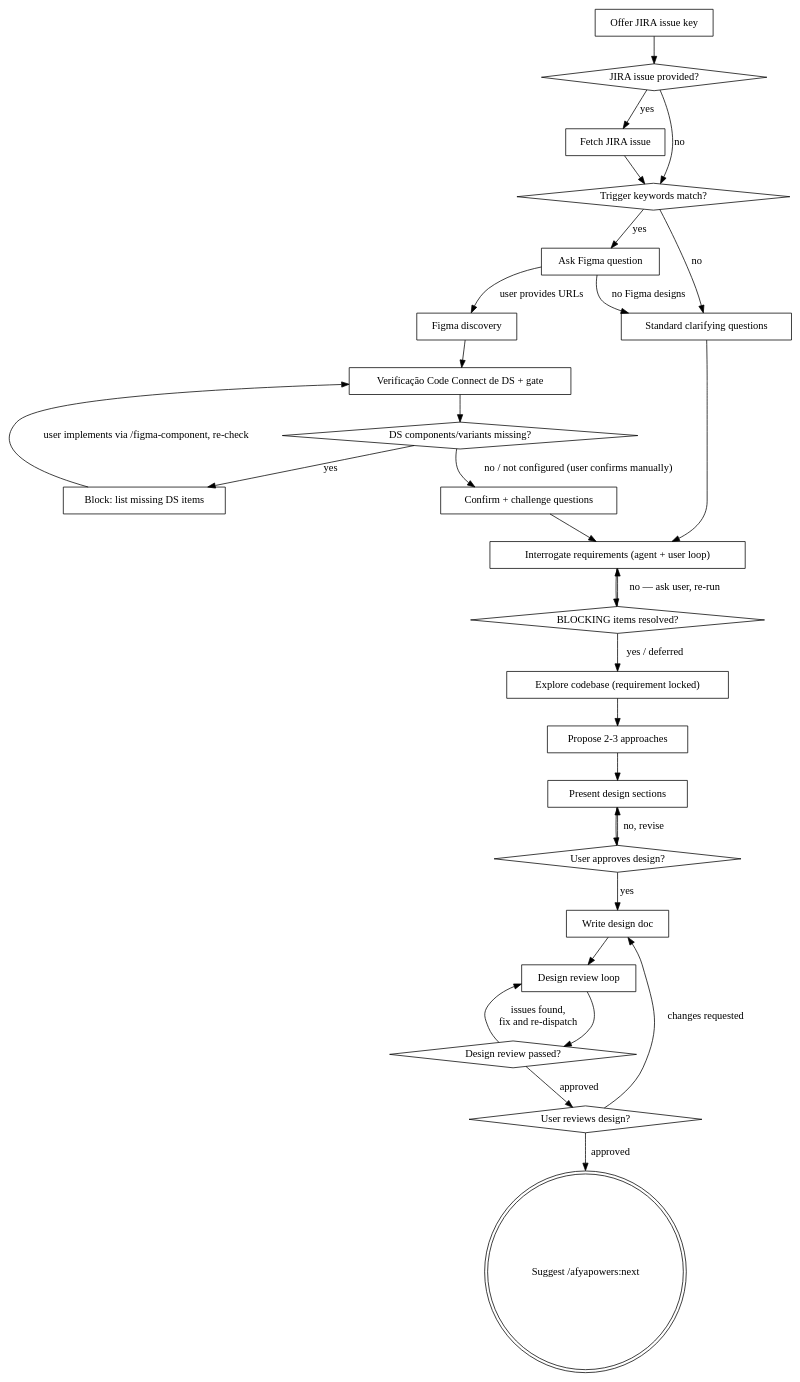
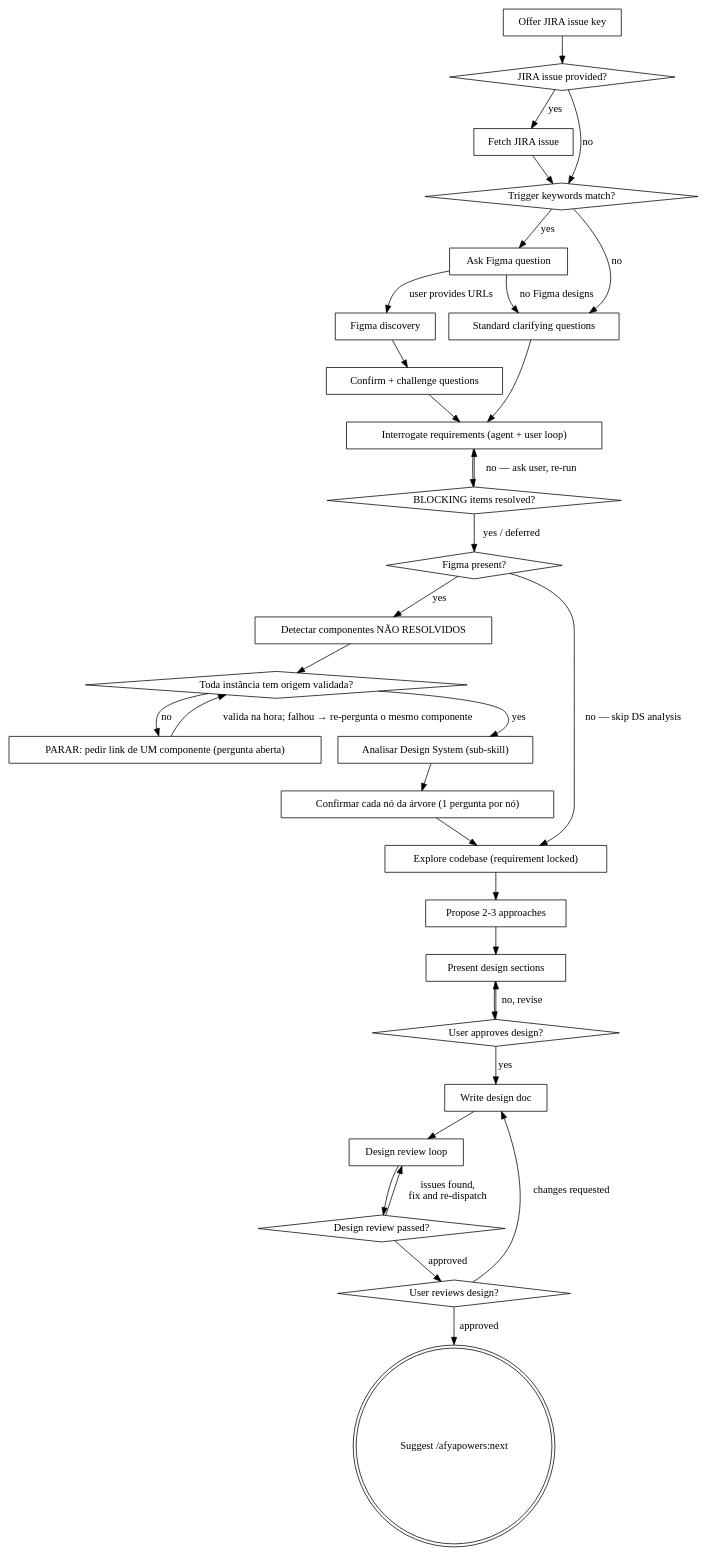
The diagram in dist/claude/skills/design/SKILL.md (iclinic/afyapowers), drawn with Graphviz before and after one commit. The commit also changed other lines of this file and 118 other files, not shown here.

Commit message:
feat: refactor design system support

````diff
--- a/dist/claude/skills/design/SKILL.md
+++ b/dist/claude/skills/design/SKILL.md
@@ -55,56 +60,63 @@
 ```dot
 digraph design {
     "Offer JIRA issue key" [shape=box];
     "JIRA issue provided?" [shape=diamond];
     "Fetch JIRA issue" [shape=box];
     "Trigger keywords match?" [shape=diamond];
     "Ask Figma question" [shape=box];
     "Figma discovery" [shape=box];
-    "Verificação Code Connect de DS + gate" [shape=box];
-    "DS components/variants missing?" [shape=diamond];
-    "Block: list missing DS items" [shape=box];
     "Confirm + challenge questions" [shape=box];
     "Standard clarifying questions" [shape=box];
     "Interrogate requirements (agent + user loop)" [shape=box];
     "BLOCKING items resolved?" [shape=diamond];
+    "Figma present?" [shape=diamond];
+    "Detectar componentes NÃO RESOLVIDOS" [shape=box];
+    "Toda instância tem origem validada?" [shape=diamond];
+    "PARAR: pedir link de UM componente (pergunta aberta)" [shape=box];
+    "Analisar Design System (sub-skill)" [shape=box];
+    "Confirmar cada nó da árvore (1 pergunta por nó)" [shape=box];
     "Explore codebase (requirement locked)" [shape=box];
     "Propose 2-3 approaches" [shape=box];
     "Present design sections" [shape=box];
     "User approves design?" [shape=diamond];
     "Write design doc" [shape=box];
     "Design review loop" [shape=box];
     "Design review passed?" [shape=diamond];
     "User reviews design?" [shape=diamond];
     "Suggest /afyapowers:next" [shape=doublecircle];
 
     "Offer JIRA issue key" -> "JIRA issue provided?";
     "JIRA issue provided?" -> "Fetch JIRA issue" [label="yes"];
     "JIRA issue provided?" -> "Trigger keywords match?" [label="no"];
     "Fetch JIRA issue" -> "Trigger keywords match?";
     "Trigger keywords match?" -> "Ask Figma question" [label="yes"];
     "Trigger keywords match?" -> "Standard clarifying questions" [label="no"];
     "Ask Figma question" -> "Figma discovery" [label="user provides URLs"];
     "Ask Figma question" -> "Standard clarifying questions" [label="no Figma designs"];
-    "Figma discovery" -> "Verificação Code Connect de DS + gate";
-    "Verificação Code Connect de DS + gate" -> "DS components/variants missing?";
-    "DS components/variants missing?" -> "Block: list missing DS items" [label="yes"];
-    "Block: list missing DS items" -> "Verificação Code Connect de DS + gate" [label="user implements via /figma-component, re-check"];
-    "DS components/variants missing?" -> "Confirm + challenge questions" [label="no / not configured (user confirms manually)"];
+    "Figma discovery" -> "Confirm + challenge questions";
     "Confirm + challenge questions" -> "Interrogate requirements (agent + user loop)";
     "Standard clarifying questions" -> "Interrogate requirements (agent + user loop)";
     "Interrogate requirements (agent + user loop)" -> "BLOCKING items resolved?";
     "BLOCKING items resolved?" -> "Interrogate requirements (agent + user loop)" [label="no — ask user, re-run"];
-    "BLOCKING items resolved?" -> "Explore codebase (requirement locked)" [label="yes / deferred"];
+    "BLOCKING items resolved?" -> "Figma present?" [label="yes / deferred"];
+    "Figma present?" -> "Detectar componentes NÃO RESOLVIDOS" [label="yes"];
+    "Figma present?" -> "Explore codebase (requirement locked)" [label="no — skip DS analysis"];
+    "Detectar componentes NÃO RESOLVIDOS" -> "Toda instância tem origem validada?";
+    "Toda instância tem origem validada?" -> "PARAR: pedir link de UM componente (pergunta aberta)" [label="no"];
+    "PARAR: pedir link de UM componente (pergunta aberta)" -> "Toda instância tem origem validada?" [label="valida na hora; falhou → re-pergunta o mesmo componente"];
+    "Toda instância tem origem validada?" -> "Analisar Design System (sub-skill)" [label="yes"];
+    "Analisar Design System (sub-skill)" -> "Confirmar cada nó da árvore (1 pergunta por nó)";
+    "Confirmar cada nó da árvore (1 pergunta por nó)" -> "Explore codebase (requirement locked)";
     "Explore codebase (requirement locked)" -> "Propose 2-3 approaches";
     "Propose 2-3 approaches" -> "Present design sections";
     "Present design sections" -> "User approves design?";
     "User approves design?" -> "Present design sections" [label="no, revise"];
     "User approves design?" -> "Write design doc" [label="yes"];
     "Write design doc" -> "Design review loop";
     "Design review loop" -> "Design review passed?";
     "Design review passed?" -> "Design review loop" [label="issues found,\nfix and re-dispatch"];
     "Design review passed?" -> "User reviews design?" [label="approved"];
     "User reviews design?" -> "Write design doc" [label="changes requested"];
     "User reviews design?" -> "Suggest /afyapowers:next" [label="approved"];
 }
 ```
````
